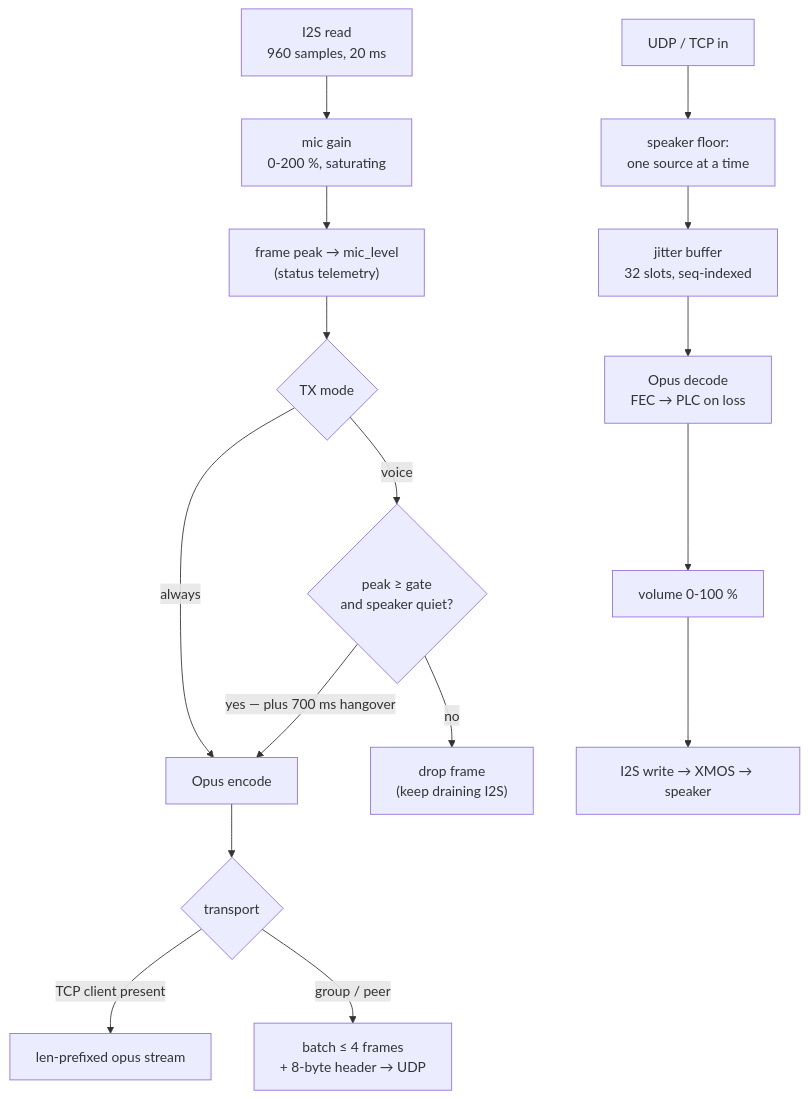
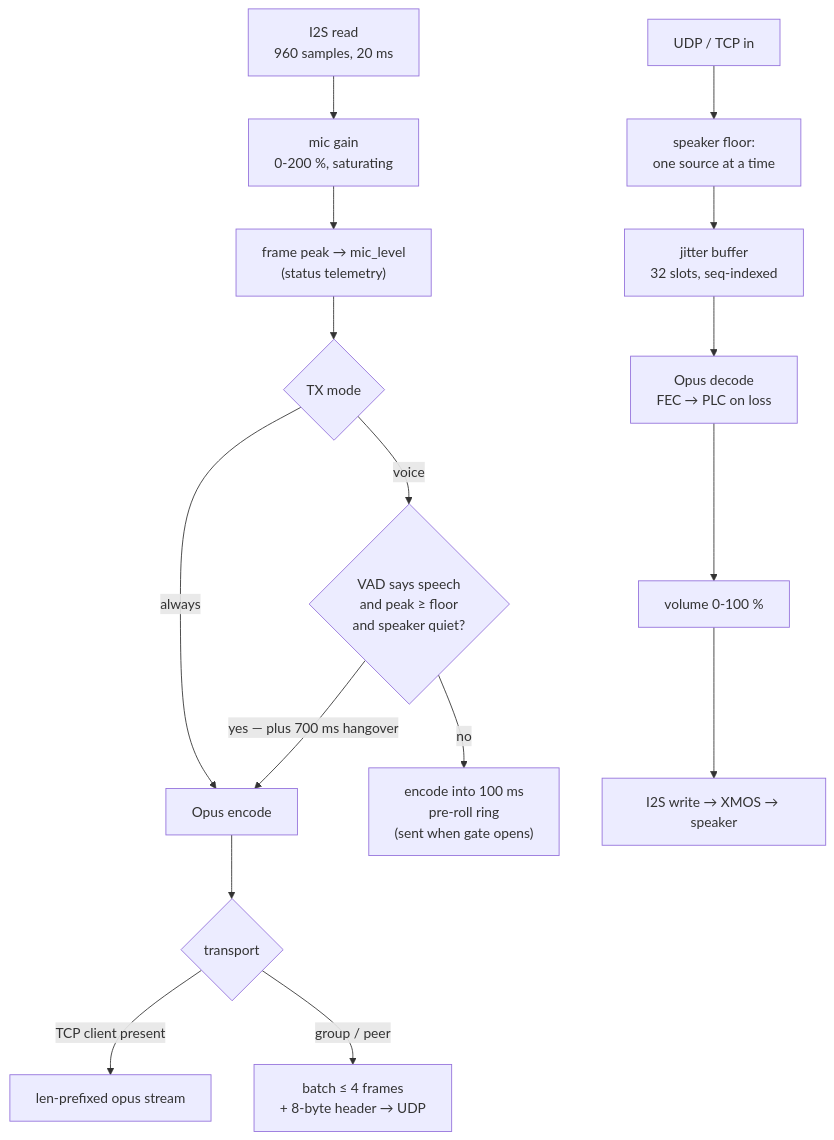
The second of 3 diagrams in docs/technical_spec.md (tim4431/Respeaker_walkie_talkie), drawn with Mermaid before and after one commit. The commit also changed other lines of this file and 34 other files, not shown here.

````diff
--- a/docs/technical_spec.md
+++ b/docs/technical_spec.md
@@ -71,19 +71,19 @@
 ```mermaid
 flowchart TD
     A["I2S read<br/>960 samples, 20 ms"] --> B["mic gain<br/>0-200 %, saturating"]
     B --> C["frame peak → mic_level<br/>(status telemetry)"]
     C --> D{"TX mode"}
     D -->|"always"| F["Opus encode"]
-    D -->|"voice"| E{"peak ≥ gate<br/>and speaker quiet?"}
+    D -->|"voice"| E{"VAD says speech<br/>and peak ≥ floor<br/>and speaker quiet?"}
     E -->|"yes — plus 700 ms hangover"| F
-    E -->|"no"| Z["drop frame<br/>(keep draining I2S)"]
+    E -->|"no"| Z["encode into 100 ms<br/>pre-roll ring<br/>(sent when gate opens)"]
     F --> G{"transport"}
     G -->|"TCP client present"| H["len-prefixed opus stream"]
     G -->|"group / peer"| I["batch ≤ 4 frames<br/>+ 8-byte header → UDP"]
 
     J["UDP / TCP in"] --> K["speaker floor:<br/>one source at a time"]
     K --> L["jitter buffer<br/>32 slots, seq-indexed"]
     L --> M["Opus decode<br/>FEC → PLC on loss"]
     M --> N["volume 0-100 %"]
     N --> O["I2S write → XMOS → speaker"]
 ```
````
